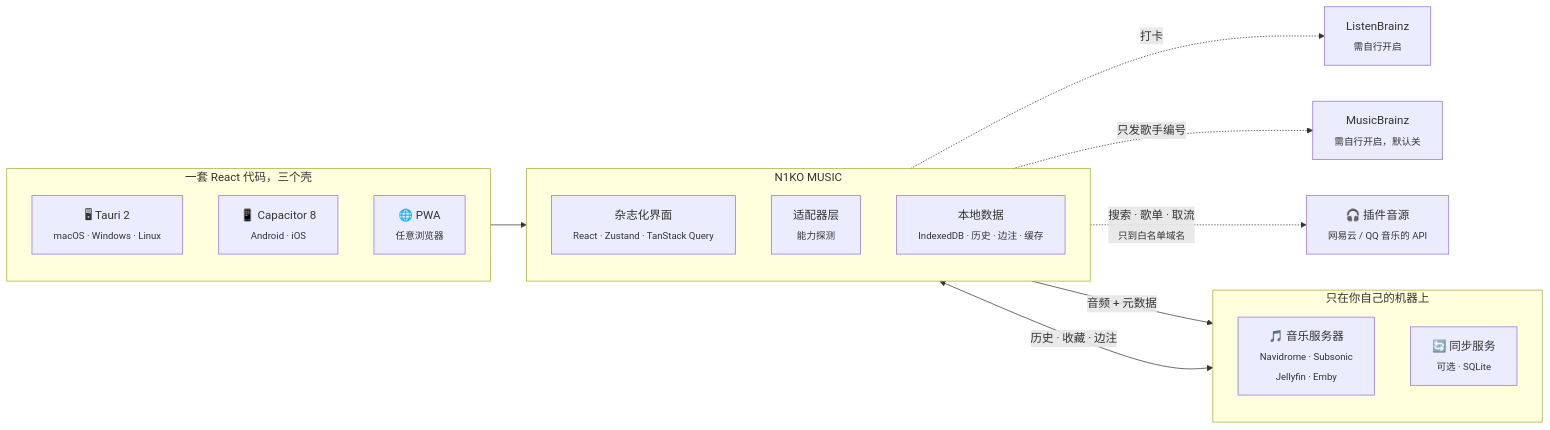
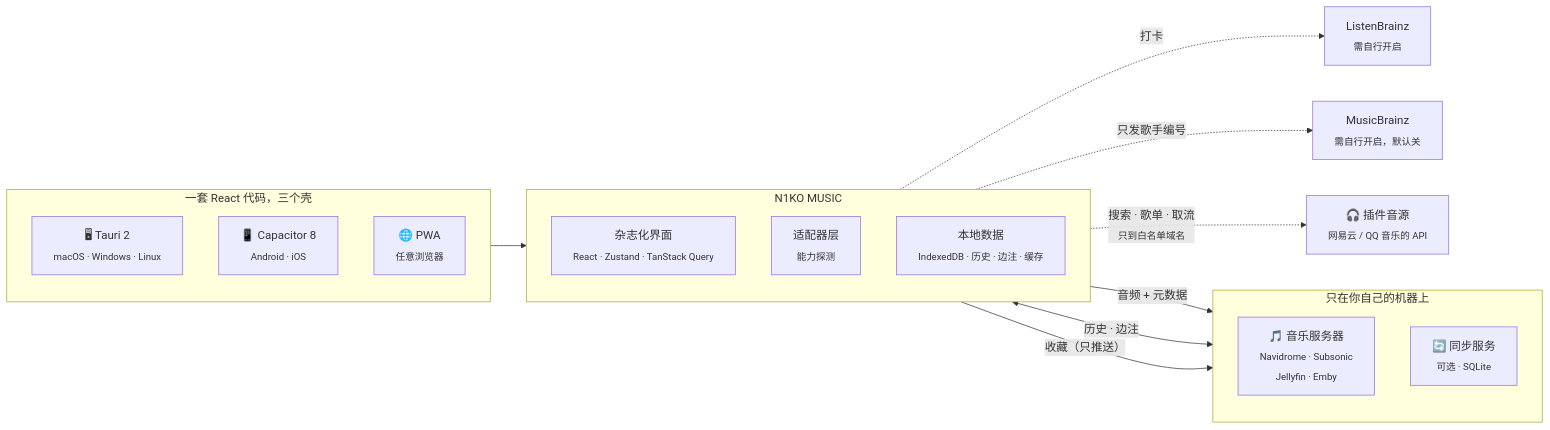
One commit to baogutang/N1KO-MUSIC changed the diagram in README_CN.md. Above: the diagram before and after it, drawn with Mermaid. The commit also changed other lines of this file and 14 other files, not shown here.

````diff
--- a/README_CN.md
+++ b/README_CN.md
@@ -273,33 +273,34 @@
 ```mermaid
 flowchart LR
     subgraph shells["一套 React 代码，三个壳"]
         direction TB
         D["🖥 Tauri 2<br/><sub>macOS · Windows · Linux</sub>"]
         M["📱 Capacitor 8<br/><sub>Android · iOS</sub>"]
         W["🌐 PWA<br/><sub>任意浏览器</sub>"]
     end
 
     subgraph app["N1KO MUSIC"]
         direction TB
         UI["杂志化界面<br/><sub>React · Zustand · TanStack Query</sub>"]
         AD["适配器层<br/><sub>能力探测</sub>"]
         LO["本地数据<br/><sub>IndexedDB · 历史 · 边注 · 缓存</sub>"]
     end
 
     subgraph yours["只在你自己的机器上"]
         direction TB
         S["🎵 音乐服务器<br/><sub>Navidrome · Subsonic<br/>Jellyfin · Emby</sub>"]
         B["🔄 同步服务<br/><sub>可选 · SQLite</sub>"]
     end
 
     shells --> app
     AD -->|"音频 + 元数据"| S
-    LO <-->|"历史 · 收藏 · 边注"| B
+    LO <-->|"历史 · 边注"| B
+    LO -->|"收藏（只推送）"| B
 
     LB["ListenBrainz<br/><sub>需自行开启</sub>"]
     MB["MusicBrainz<br/><sub>需自行开启，默认关</sub>"]
     P["🎧 插件音源<br/><sub>网易云 / QQ 音乐的 API</sub>"]
     LO -.->|"打卡"| LB
     AD -.->|"只发歌手编号"| MB
     AD -.->|"搜索 · 歌单 · 取流<br/><sub>只到白名单域名</sub>"| P
 ```
````
